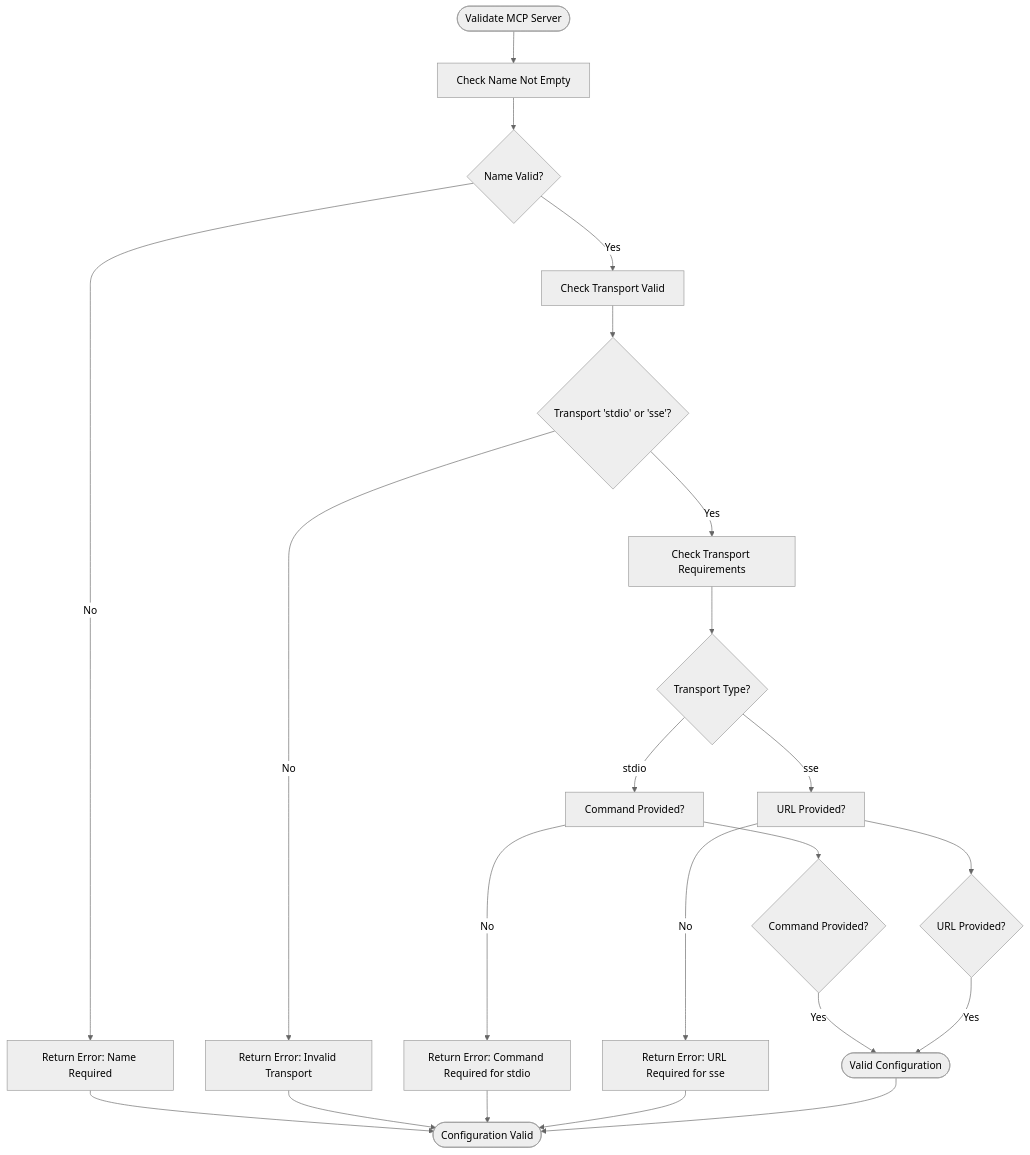
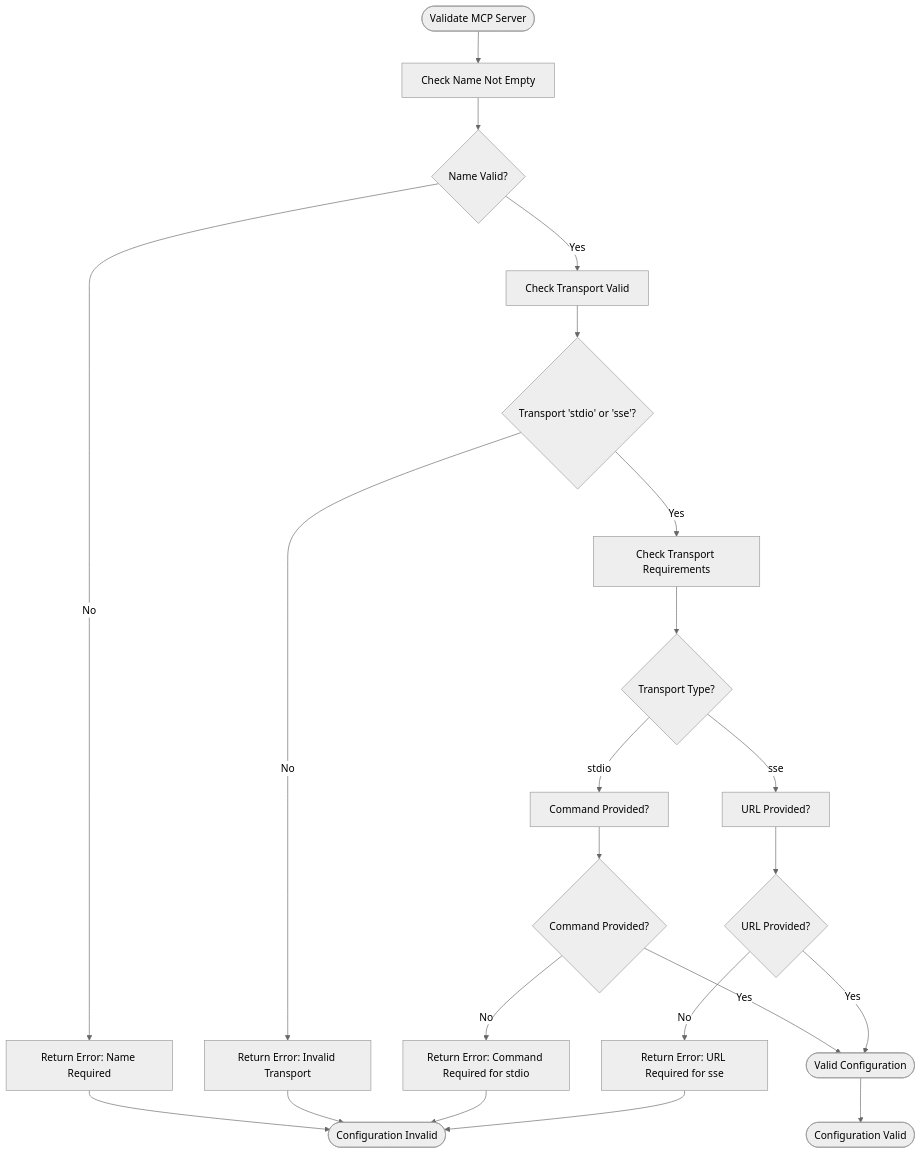
The second of 5 diagrams in docs/Agent Configuration.md (prxs-ai/praxis-go-sdk), drawn with Mermaid (neutral theme) before and after one commit. The commit also changed other lines of this file and 33 other files, not shown here.

````diff
--- a/docs/Agent Configuration.md
+++ b/docs/Agent Configuration.md
@@ -154,24 +154,24 @@
 ```mermaid
 flowchart TD
-Start([Validate MCP Server]) --> CheckName["Check Name Not Empty"]
+Start(["Validate MCP Server"]) --> CheckName["Check Name Not Empty"]
 CheckName --> NameValid{"Name Valid?"}
 NameValid --> |No| ReturnError1["Return Error: Name Required"]
 NameValid --> |Yes| CheckTransport["Check Transport Valid"]
 CheckTransport --> TransportValid{"Transport 'stdio' or 'sse'?"}
 TransportValid --> |No| ReturnError2["Return Error: Invalid Transport"]
 TransportValid --> |Yes| CheckTransportRequirements["Check Transport Requirements"]
 CheckTransportRequirements --> TransportType{"Transport Type?"}
 TransportType --> |stdio| CheckCommand["Command Provided?"]
 TransportType --> |sse| CheckURL["URL Provided?"]
 CheckCommand --> CommandProvided{"Command Provided?"}
-CheckCommand --> |No| ReturnError3["Return Error: Command Required for stdio"]
+CommandProvided --> |No| ReturnError3["Return Error: Command Required for stdio"]
 CheckURL --> URLProvided{"URL Provided?"}
-CheckURL --> |No| ReturnError4["Return Error: URL Required for sse"]
-CommandProvided --> |Yes| Success([Valid Configuration])
+URLProvided --> |No| ReturnError4["Return Error: URL Required for sse"]
+CommandProvided --> |Yes| Success(["Valid Configuration"])
 URLProvided --> |Yes| Success
-ReturnError1 --> End([Configuration Invalid])
+ReturnError1 --> End(["Configuration Invalid"])
 ReturnError2 --> End
 ReturnError3 --> End
 ReturnError4 --> End
-Success --> End([Configuration Valid])
+Success --> EndValid(["Configuration Valid"])
 ```
````
